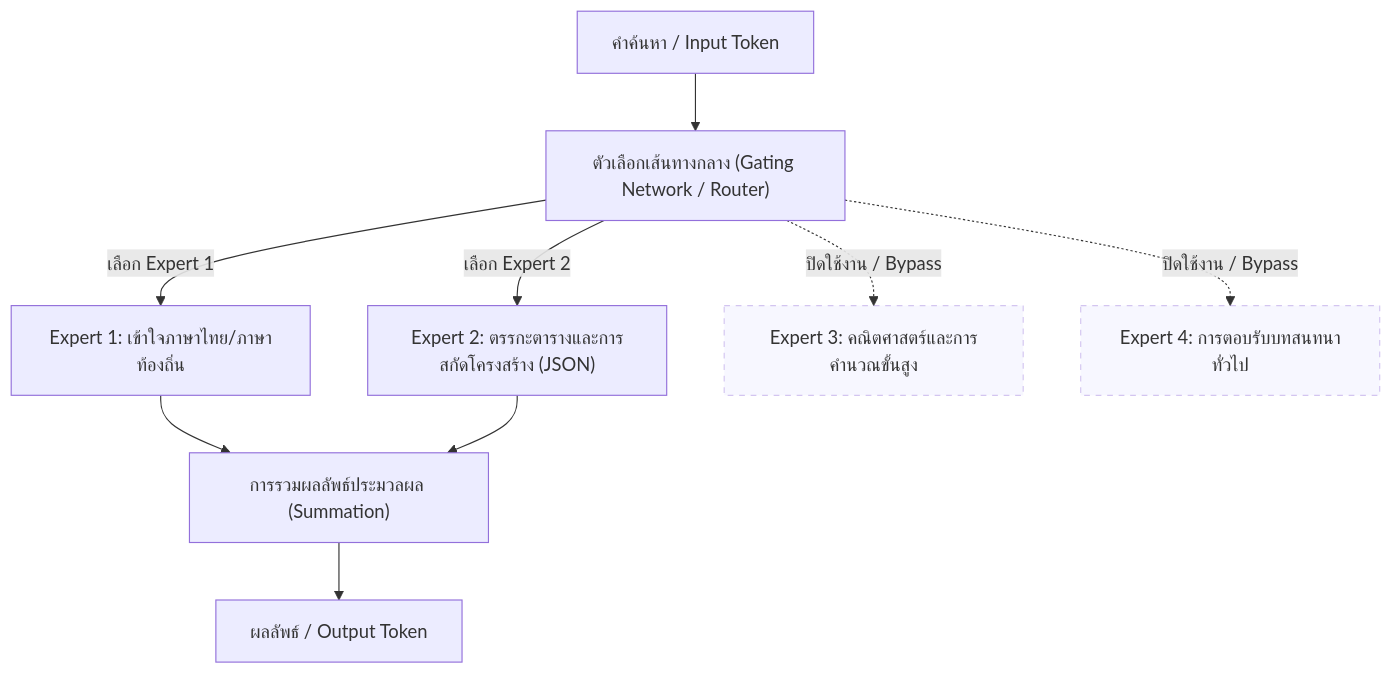
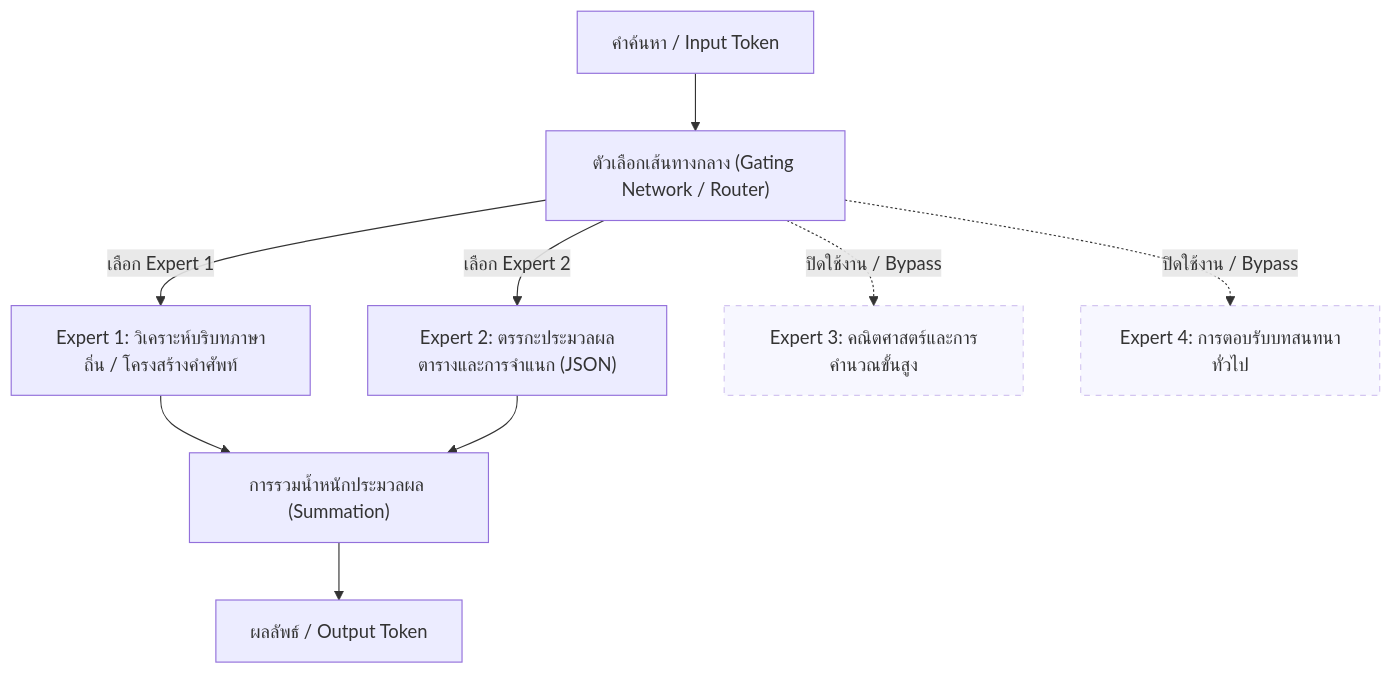
One commit to korarit/llm-research-for-disaster changed the diagram in readme.md. Above: the diagram before and after it, drawn with Mermaid. The commit also changed other lines of this file, not shown here.

````diff
--- a/readme.md
+++ b/readme.md
@@ -64,14 +59,14 @@
 ```mermaid
 graph TD
     In["คำค้นหา / Input Token"] --> Router["ตัวเลือกเส้นทางกลาง (Gating Network / Router)"]
-    Router -->|เลือก Expert 1| E1["Expert 1: เข้าใจภาษาไทย/ภาษาท้องถิ่น"]
-    Router -->|เลือก Expert 2| E2["Expert 2: ตรรกะตารางและการสกัดโครงสร้าง (JSON)"]
+    Router -->|เลือก Expert 1| E1["Expert 1: วิเคราะห์บริบทภาษาถิ่น / โครงสร้างคำศัพท์"]
+    Router -->|เลือก Expert 2| E2["Expert 2: ตรรกะประมวลผลตารางและการจำแนก (JSON)"]
     Router -.->|ปิดใช้งาน / Bypass| E3["Expert 3: คณิตศาสตร์และการคำนวณขั้นสูง"]
     Router -.->|ปิดใช้งาน / Bypass| E4["Expert 4: การตอบรับบทสนทนาทั่วไป"]
-    E1 --> Sum["การรวมผลลัพธ์ประมวลผล (Summation)"]
+    E1 --> Sum["การรวมน้ำหนักประมวลผล (Summation)"]
     E2 --> Sum
     Sum --> Out["ผลลัพธ์ / Output Token"]
     
     style E3 stroke-dasharray: 5 5,opacity:0.4
     style E4 stroke-dasharray: 5 5,opacity:0.4
 ```
````
